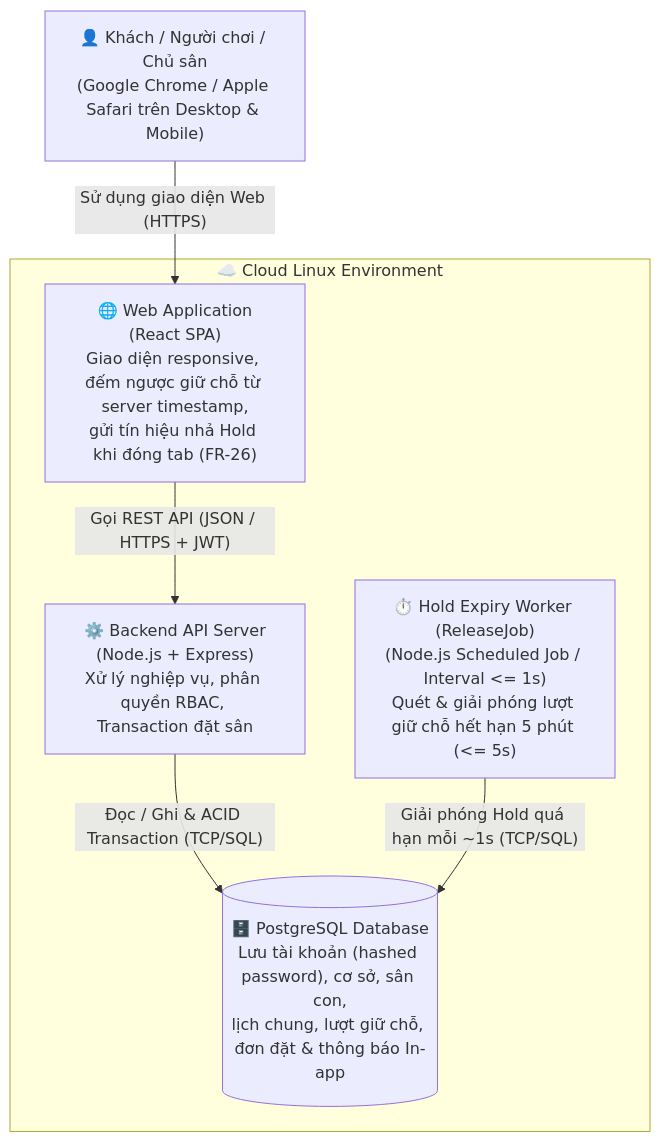
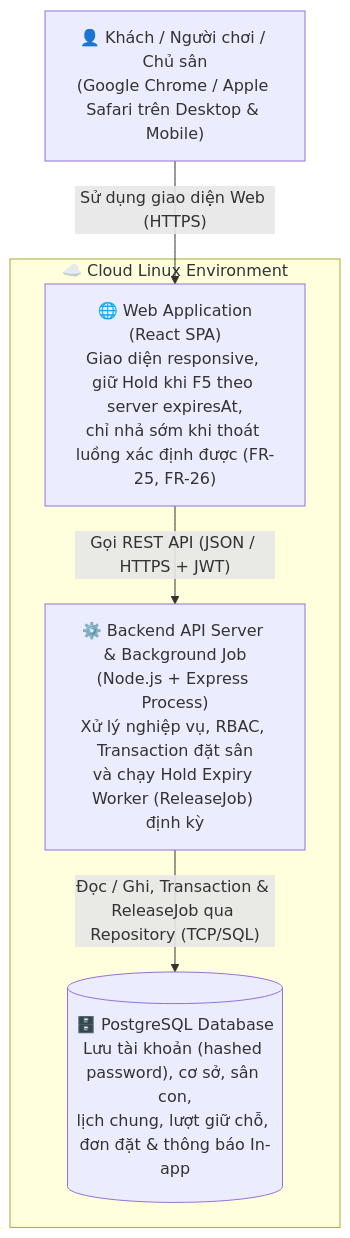
Before and after one commit to buikhoa130406/se-project-t04: the second of 4 diagrams in docs/design/architecture/architecture-design.md, drawn with Mermaid. The commit also changed other lines of this file, not shown here.

First line of the commit message:
Refine architecture design and clarify Hold Expiry Worker

````diff
--- a/docs/design/architecture/architecture-design.md
+++ b/docs/design/architecture/architecture-design.md
@@ -49,16 +49,14 @@
 ```mermaid
 flowchart TB
     User["👤 Khách / Người chơi / Chủ sân<br/>(Google Chrome / Apple Safari trên Desktop & Mobile)"]
 
     subgraph Cloud["☁️ Cloud Linux Environment"]
-        SPA["🌐 Web Application<br/>(React SPA)<br/>Giao diện responsive, đếm ngược giữ chỗ từ server timestamp,<br/>gửi tín hiệu nhả Hold khi đóng tab (FR-26)"]
-        API["⚙️ Backend API Server<br/>(Node.js + Express)<br/>Xử lý nghiệp vụ, phân quyền RBAC, Transaction đặt sân"]
-        Worker["⏱️ Hold Expiry Worker (ReleaseJob)<br/>(Node.js Scheduled Job / Interval <= 1s)<br/>Quét & giải phóng lượt giữ chỗ hết hạn 5 phút (<= 5s)"]
+        SPA["🌐 Web Application<br/>(React SPA)<br/>Giao diện responsive, giữ Hold khi F5 theo server expiresAt,<br/>chỉ nhả sớm khi thoát luồng xác định được (FR-25, FR-26)"]
+        API["⚙️ Backend API Server & Background Job<br/>(Node.js + Express Process)<br/>Xử lý nghiệp vụ, RBAC, Transaction đặt sân<br/>và chạy Hold Expiry Worker (ReleaseJob) định kỳ"]
         DB[("🗄️ PostgreSQL Database<br/>Lưu tài khoản (hashed password), cơ sở, sân con,<br/>lịch chung, lượt giữ chỗ, đơn đặt & thông báo In-app")]
     end
 
     User -- "Sử dụng giao diện Web (HTTPS)" --> SPA
     SPA -- "Gọi REST API (JSON / HTTPS + JWT)" --> API
-    API -- "Đọc / Ghi & ACID Transaction (TCP/SQL)" --> DB
-    Worker -- "Giải phóng Hold quá hạn mỗi ~1s (TCP/SQL)" --> DB
+    API -- "Đọc / Ghi, Transaction & ReleaseJob qua Repository (TCP/SQL)" --> DB
 ```
````
